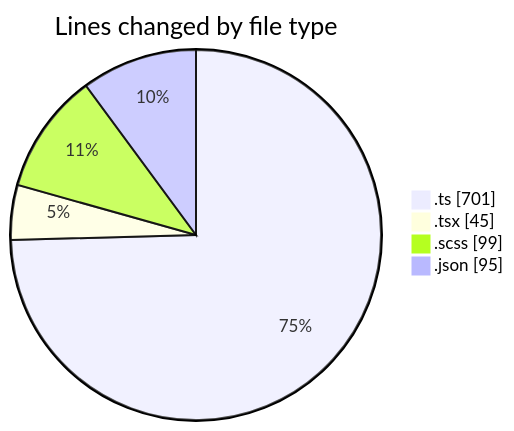
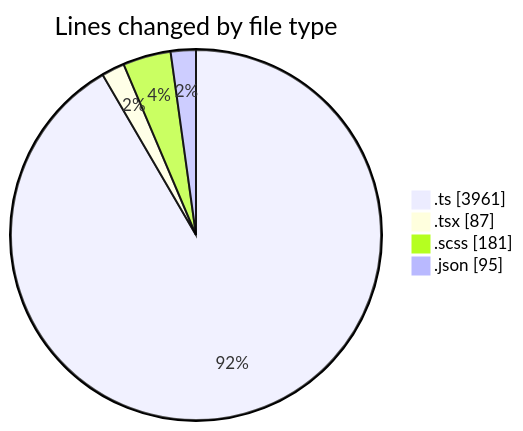
One commit to momahboobian/code-tracking changed the first of 2 diagrams in 2026-10-29/cda/README.md. Above: the diagram before and after it, drawn with Mermaid. The commit also changed other lines of this file and 1 other file, not shown here.

````diff
--- a/2026-10-29/cda/README.md
+++ b/2026-10-29/cda/README.md
@@ -25,8 +25,8 @@
 ```mermaid
 pie showData
 title Lines changed by file type
-".ts" : 701
-".tsx" : 45
-".scss" : 99
+".ts" : 3961
+".tsx" : 87
+".scss" : 181
 ".json" : 95
 ```
````
